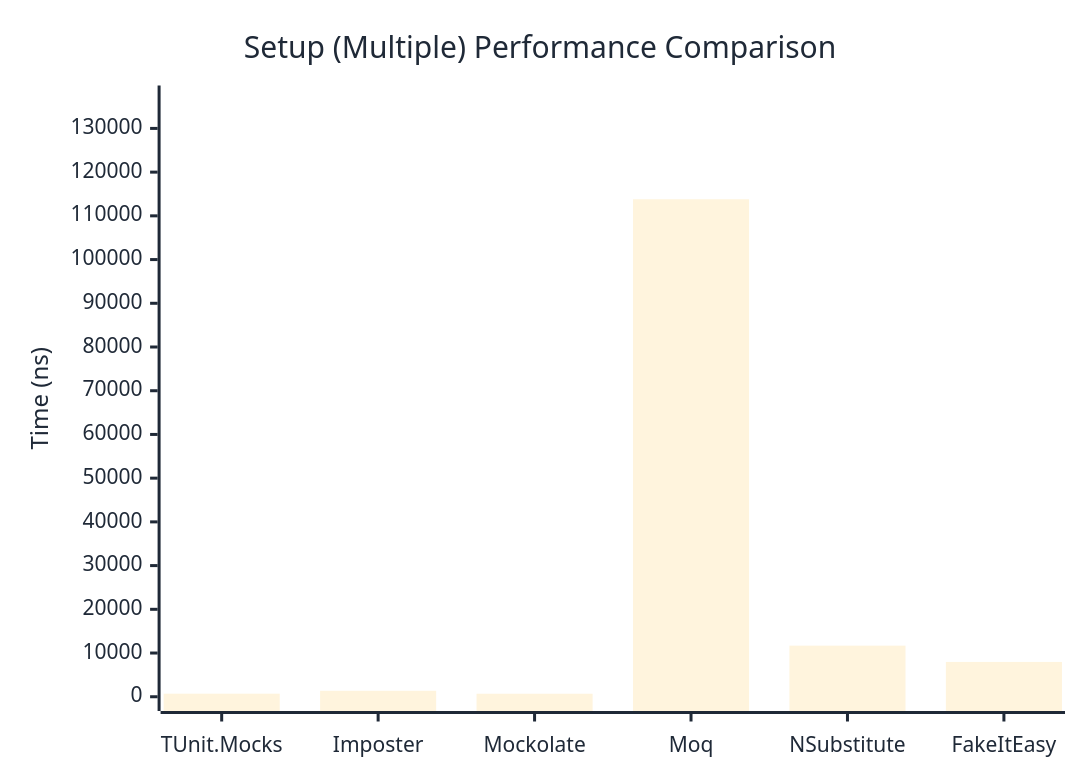
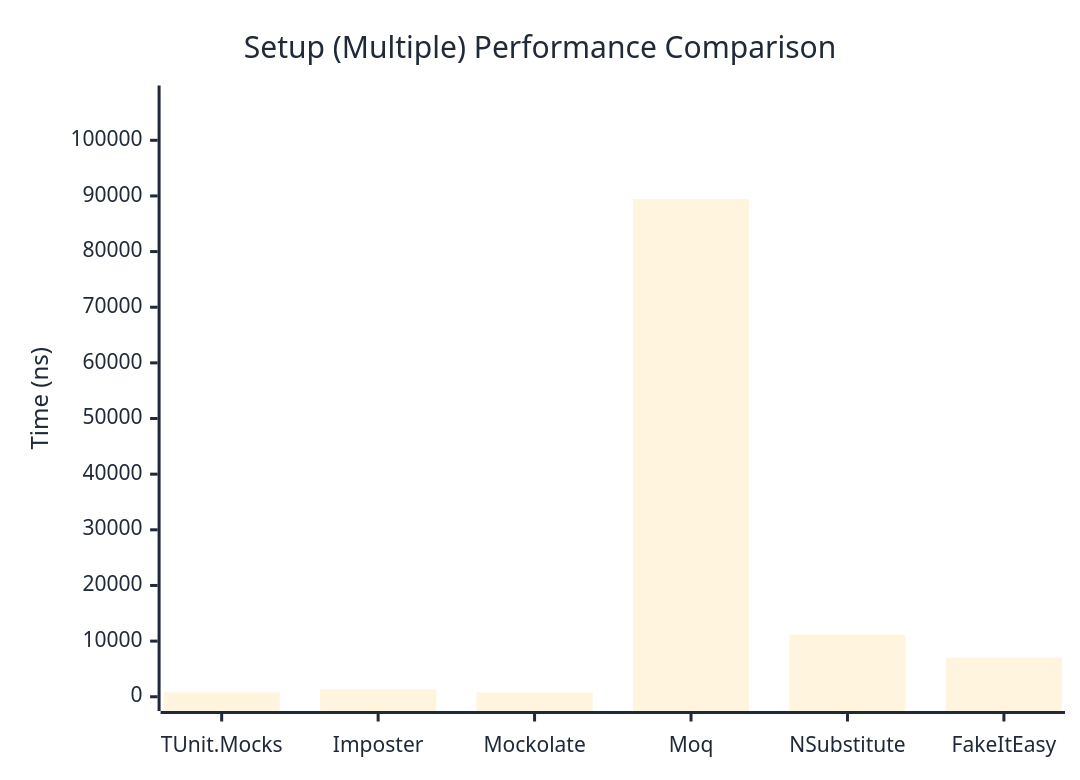
The second of 2 diagrams in docs/docs/benchmarks/mocks/Setup.md (thomhurst/TUnit), drawn with Mermaid before and after one commit. The commit also changed other lines of this file and 14 other files, not shown here.

````diff
--- a/docs/docs/benchmarks/mocks/Setup.md
+++ b/docs/docs/benchmarks/mocks/Setup.md
@@ -69,27 +69,27 @@
 ```mermaid
 %%{init: {
   'theme':'base',
   'themeVariables': {
     'primaryColor': '#2563eb',
     'primaryTextColor': '#1f2937',
     'primaryBorderColor': '#1e40af',
     'lineColor': '#6b7280',
     'secondaryColor': '#7c3aed',
     'tertiaryColor': '#dc2626',
     'background': '#ffffff',
     'pie1': '#2563eb',
     'pie2': '#7c3aed',
     'pie3': '#dc2626',
     'pie4': '#f59e0b',
     'pie5': '#10b981',
     'pie6': '#06b6d4',
     'pie7': '#ec4899',
     'pie8': '#6366f1'
   }
 }}%%
 xychart-beta
   title "Setup (Multiple) Performance Comparison"
   x-axis ["TUnit.Mocks", "Imposter", "Mockolate", "Moq", "NSubstitute", "FakeItEasy"]
-  y-axis "Time (ns)" 0 --> 136556
-  bar [703.5, 1361.1, 689.2, 113795.9, 11689.7, 7961.4]
+  y-axis "Time (ns)" 0 --> 107286
+  bar [787.9, 1338.9, 748.6, 89404.6, 11169.5, 7008.5]
 ```
````
